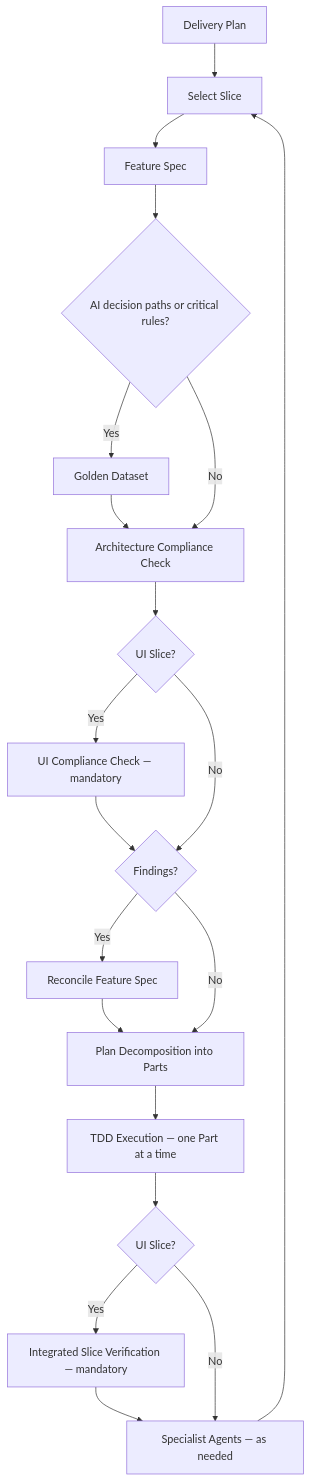
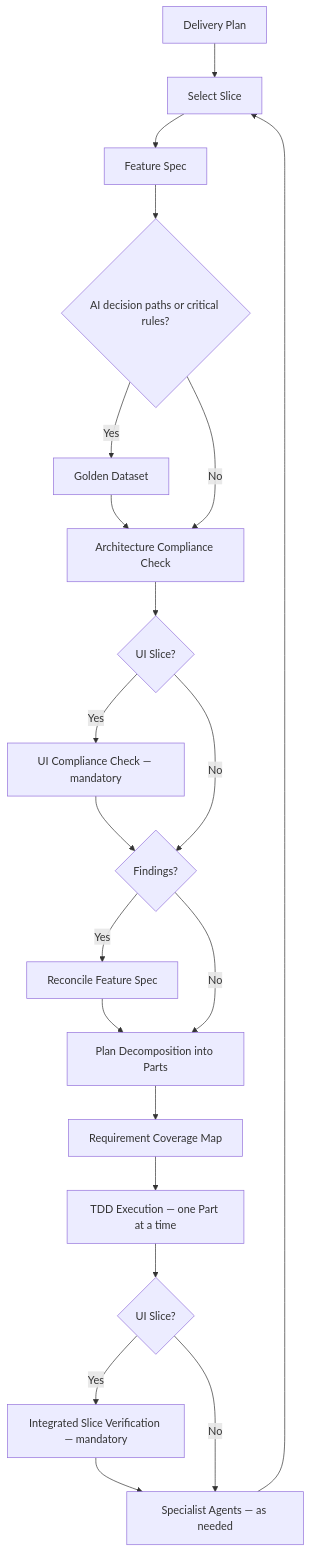
Before and after one commit to GridCreative-CS/ai-architecture-toolkit: the fifth of 5 diagrams in README.md, drawn with Mermaid. The commit also changed other lines of this file and 30 other files, not shown here.

````diff
--- a/README.md
+++ b/README.md
@@ -164,22 +171,23 @@
 ```mermaid
 flowchart TD
     A[Delivery Plan] --> B[Select Slice]
     B --> C[Feature Spec]
     C --> C2{AI decision paths or critical rules?}
     C2 -- Yes --> C3[Golden Dataset]
     C3 --> E[Architecture Compliance Check]
     C2 -- No --> E
     E --> E2{UI Slice?}
     E2 -- Yes --> E3[UI Compliance Check — mandatory]
     E3 --> F{Findings?}
     E2 -- No --> F
     F -- Yes --> G[Reconcile Feature Spec]
     G --> H[Plan Decomposition into Parts]
     F -- No --> H
-    H --> I[TDD Execution — one Part at a time]
+    H --> H2[Requirement Coverage Map]
+    H2 --> I[TDD Execution — one Part at a time]
     I --> I2{UI Slice?}
     I2 -- Yes --> I3[Integrated Slice Verification — mandatory]
     I3 --> J[Specialist Agents — as needed]
     I2 -- No --> J
     J --> B
 ```
````
